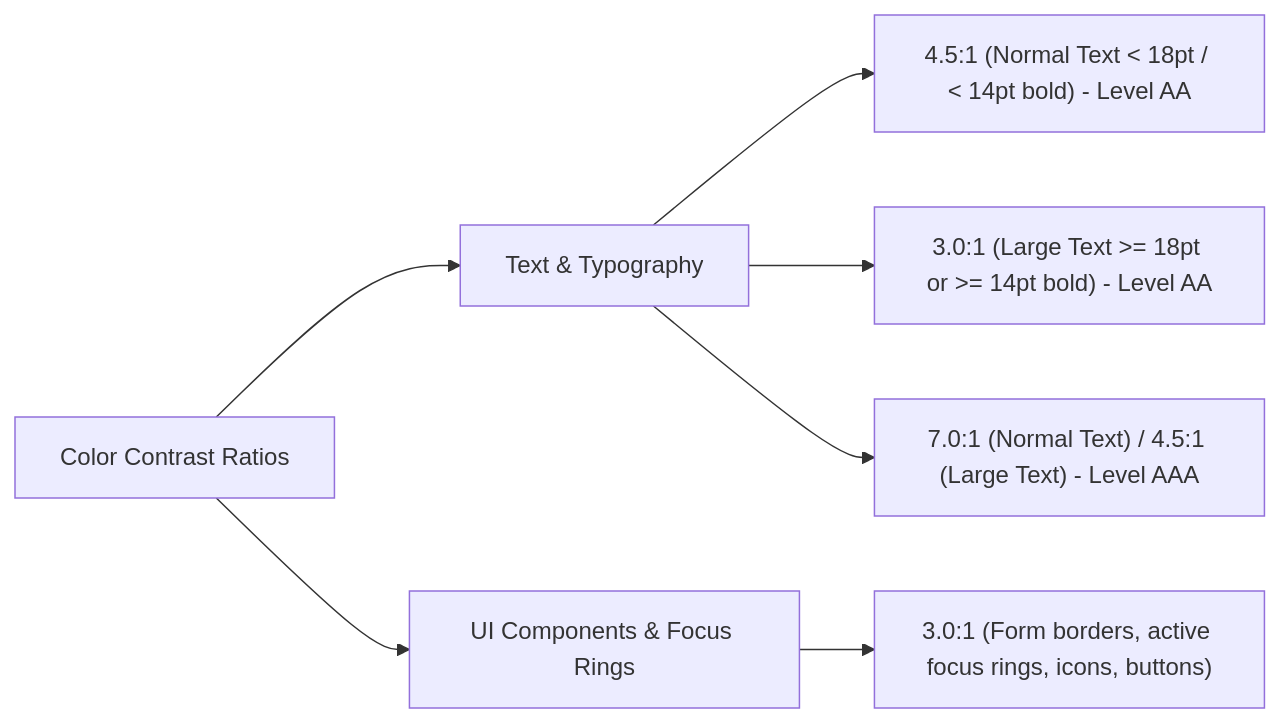
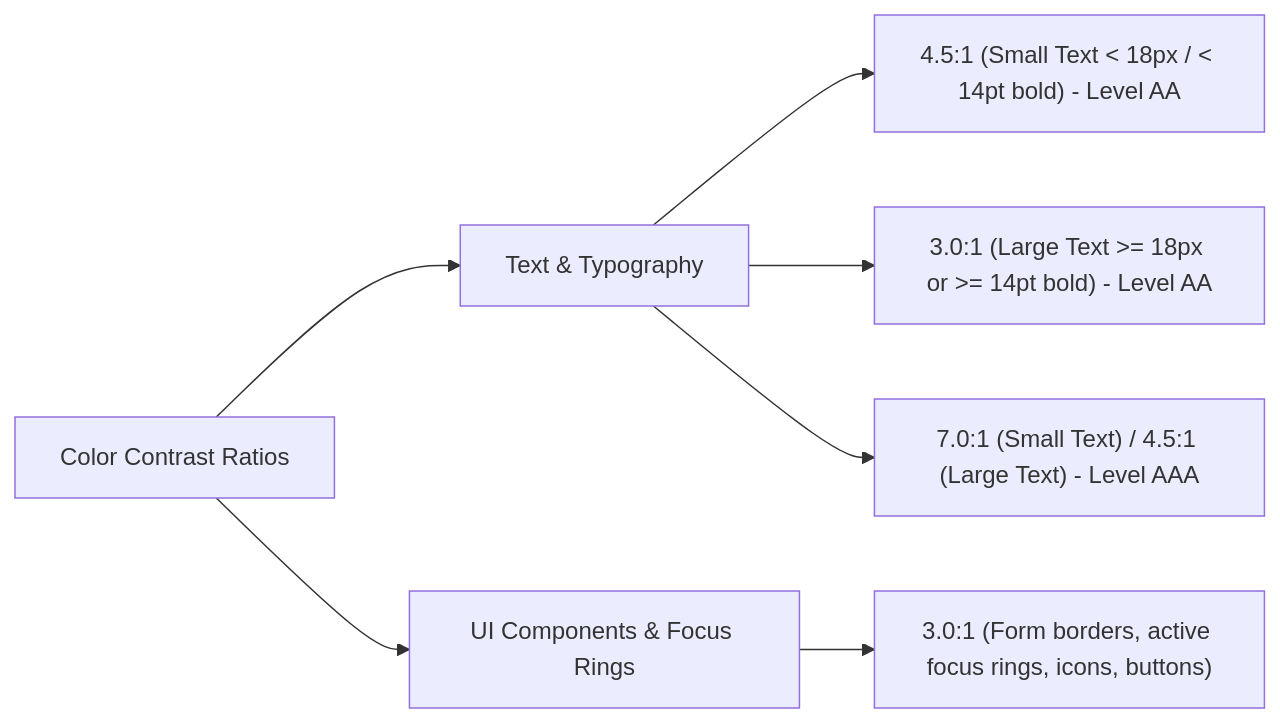
Before and after one commit to kumaratul60/System-Design: the first of 2 diagrams in Accessibility/ColorContrast.md, drawn with Mermaid. The commit also changed other lines of this file, not shown here.

````diff
--- a/Accessibility/ColorContrast.md
+++ b/Accessibility/ColorContrast.md
@@ -36,13 +36,13 @@
 ```mermaid
 flowchart LR
     Ratio[Color Contrast Ratios]
 
     Ratio --> Text[Text & Typography]
     Ratio --> UI[UI Components & Focus Rings]
 
-    Text --> T_AA_Normal["4.5:1 (Normal Text < 18pt / < 14pt bold) - Level AA"]
-    Text --> T_AA_Large["3.0:1 (Large Text >= 18pt or >= 14pt bold) - Level AA"]
-    Text --> T_AAA["7.0:1 (Normal Text) / 4.5:1 (Large Text) - Level AAA"]
+    Text --> T_AA_Small["4.5:1 (Small Text < 18px / < 14pt bold) - Level AA"]
+    Text --> T_AA_Large["3.0:1 (Large Text >= 18px or >= 14pt bold) - Level AA"]
+    Text --> T_AAA["7.0:1 (Small Text) / 4.5:1 (Large Text) - Level AAA"]
 
     UI --> UI_AA["3.0:1 (Form borders, active focus rings, icons, buttons)"]
 ```
````
